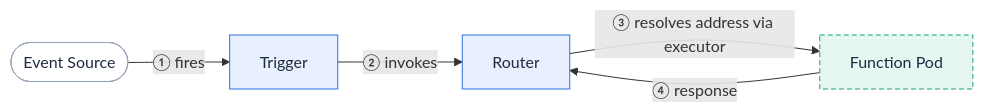
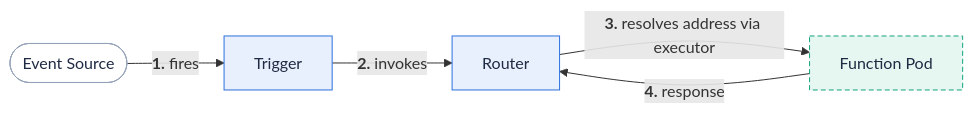
One commit to fission/fission.io changed the diagram in content/en/docs/concepts/triggers.md. Above: the diagram before and after it, drawn with Mermaid. The commit also changed 23 other files, not shown here.

First line of the commit message:
Make diagrams readable inline: compact TB layouts, bold crimson step numbers

````diff
--- a/content/en/docs/concepts/triggers.md
+++ b/content/en/docs/concepts/triggers.md
@@ -23,11 +23,11 @@
 ```mermaid
 flowchart LR
-  source(["Event Source"]):::user -->|"① fires"| trigger["Trigger"]:::fission
-  trigger -->|"② invokes"| router["Router"]:::fission
-  router -->|"③ resolves address via executor"| fnPod["Function Pod"]:::pod
-  fnPod -->|"④ response"| router
+  source(["Event Source"]):::user -->|"<b>1.</b> fires"| trigger["Trigger"]:::fission
+  trigger -->|"<b>2.</b> invokes"| router["Router"]:::fission
+  router -->|"<b>3.</b> resolves address via executor"| fnPod["Function Pod"]:::pod
+  fnPod -->|"<b>4.</b> response"| router
 
   classDef user fill:#ffffff,stroke:#94a3b8,color:#1f2a43
   classDef fission fill:#e8f0fe,stroke:#2d70de,color:#1f2a43
   classDef pod fill:#e6f7f1,stroke:#11a37f,color:#1f2a43,stroke-dasharray:5 3
 ```
````
